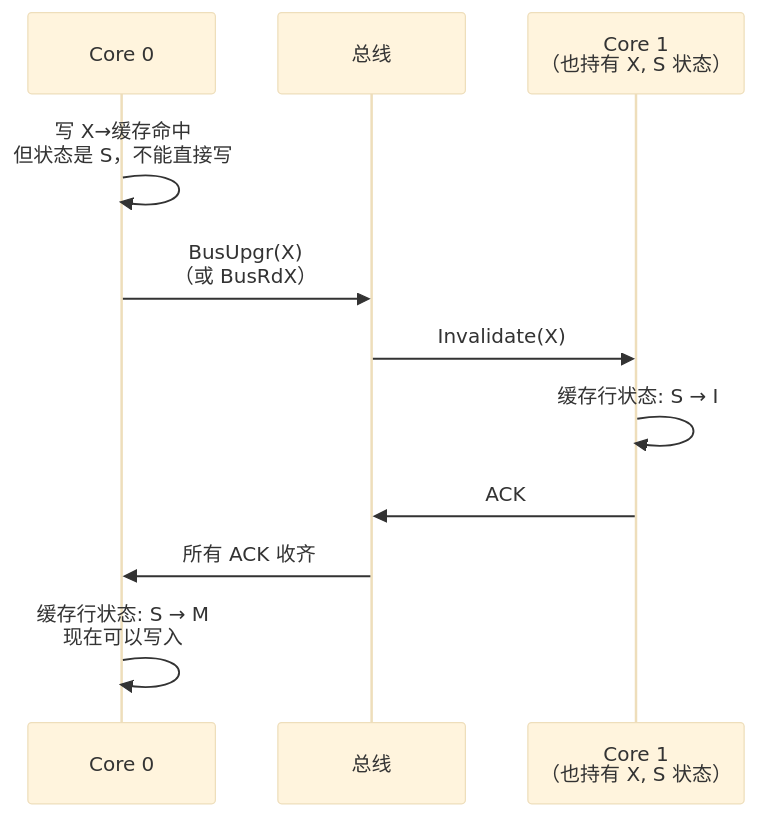
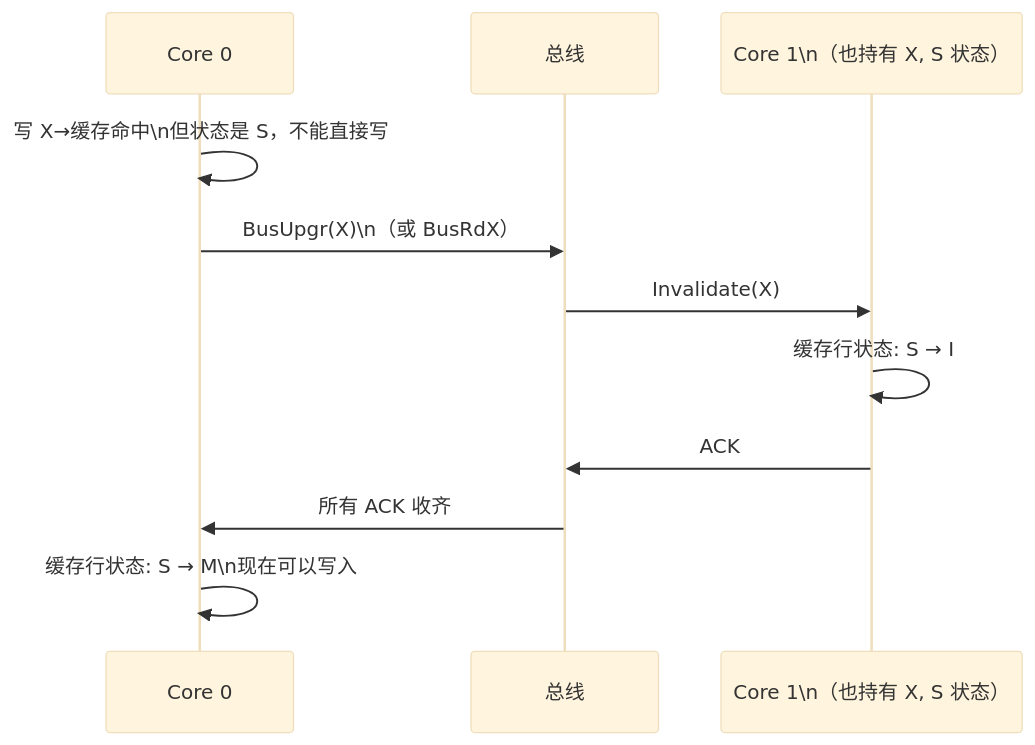
One commit to yaocat55/yaocat55.github.io changed the fifth of 11 diagrams in content/posts/concurrency/MesiAndJmm.md. Above: the diagram before and after it, drawn with Mermaid (base theme). The commit also changed other lines of this file and 155 other files, not shown here.

````diff
--- a/content/posts/concurrency/MesiAndJmm.md
+++ b/content/posts/concurrency/MesiAndJmm.md
@@ -305,14 +319,14 @@
 ```mermaid
 sequenceDiagram
     participant C0 as Core 0
     participant BUS as 总线
-    participant C1 as Core 1<br/>（也持有 X, S 状态）
+    participant C1 as Core 1\n（也持有 X, S 状态）
 
-    C0->>C0: 写 X→缓存命中<br/>但状态是 S，不能直接写
-    C0->>BUS: BusUpgr(X)<br/>（或 BusRdX）
+    C0->>C0: 写 X→缓存命中\n但状态是 S，不能直接写
+    C0->>BUS: BusUpgr(X)\n（或 BusRdX）
     BUS->>C1: Invalidate(X)
     C1->>C1: 缓存行状态: S → I
     C1->>BUS: ACK
     BUS->>C0: 所有 ACK 收齐
-    C0->>C0: 缓存行状态: S → M<br/>现在可以写入
+    C0->>C0: 缓存行状态: S → M\n现在可以写入
 ```
````
